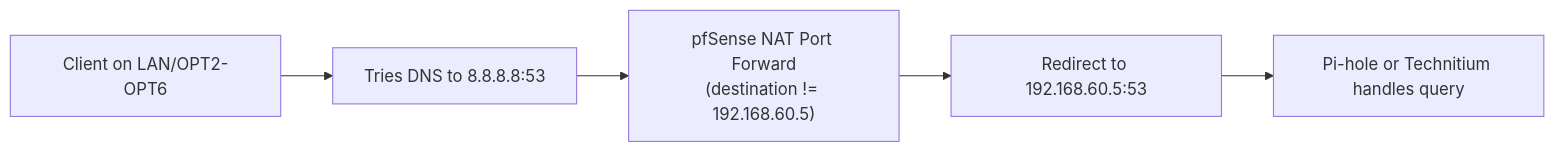
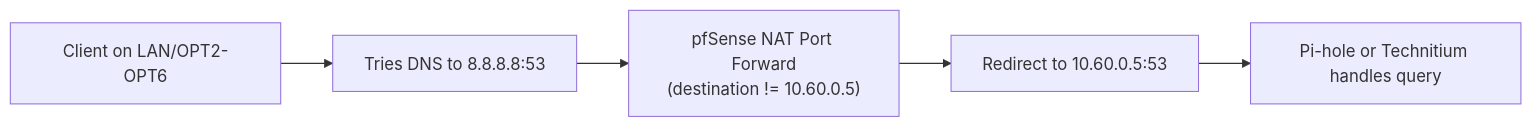
One commit to brianpooe/synology-docker-services changed the diagram in dns/pfsense-forced-dns-all-vlans.md. Above: the diagram before and after it, drawn with Mermaid. The commit also changed other lines of this file and 7 other files, not shown here.

````diff
--- a/dns/pfsense-forced-dns-all-vlans.md
+++ b/dns/pfsense-forced-dns-all-vlans.md
@@ -138,7 +138,7 @@
 ```mermaid
 flowchart LR
     A["Client on LAN/OPT2-OPT6"] --> B["Tries DNS to 8.8.8.8:53"]
-    B --> C["pfSense NAT Port Forward\n(destination != 192.168.60.5)"]
-    C --> D["Redirect to 192.168.60.5:53"]
+    B --> C["pfSense NAT Port Forward\n(destination != 10.60.0.5)"]
+    C --> D["Redirect to 10.60.0.5:53"]
     D --> E["Pi-hole or Technitium handles query"]
 ```
````
